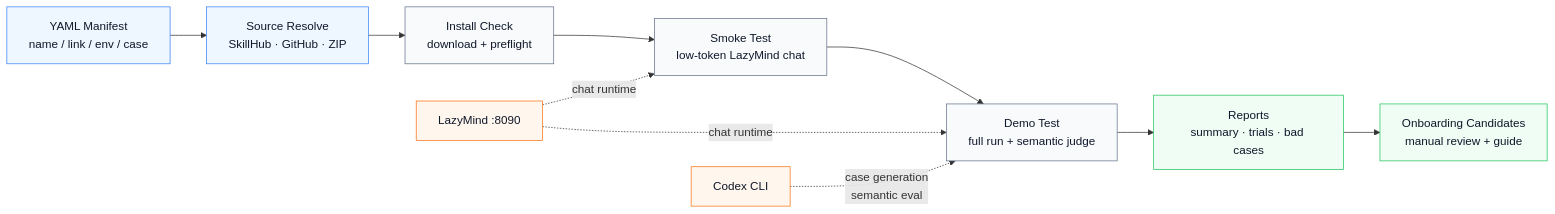
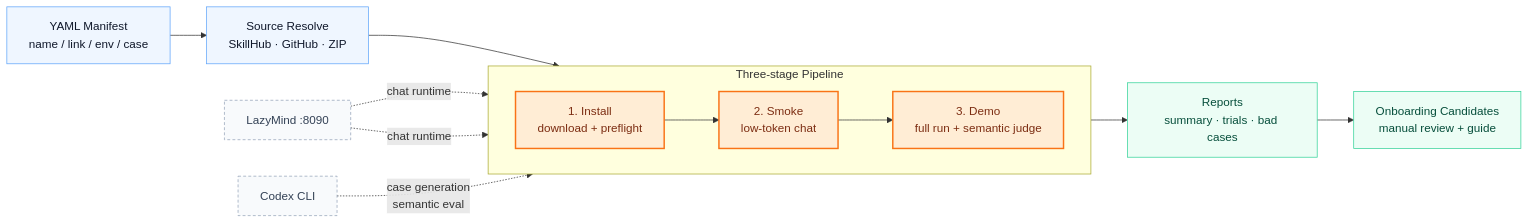
The diagram in README.md (chenzhex/skill-auto), drawn with Mermaid before and after one commit. The commit also changed 1 other file, not shown here.

Commit message:
Highlight pipeline stages in README diagrams

````diff
--- a/README.md
+++ b/README.md
@@ -16,23 +16,30 @@
 ```mermaid
 flowchart LR
     A["YAML Manifest<br/>name / link / env / case"] --> B["Source Resolve<br/>SkillHub · GitHub · ZIP"]
-    B --> C["Install Check<br/>download + preflight"]
-    C --> D["Smoke Test<br/>low-token LazyMind chat"]
-    D --> E["Demo Test<br/>full run + semantic judge"]
+
+    subgraph P["Three-stage Pipeline"]
+        direction LR
+        C["1. Install<br/>download + preflight"]
+        D["2. Smoke<br/>low-token chat"]
+        E["3. Demo<br/>full run + semantic judge"]
+        C --> D --> E
+    end
+
+    B --> C
     E --> F["Reports<br/>summary · trials · bad cases"]
     F --> G["Onboarding Candidates<br/>manual review + guide"]
 
     L["LazyMind :8090"] -. chat runtime .-> D
     L -. chat runtime .-> E
     X["Codex CLI"] -. case generation<br/>semantic eval .-> E
 
-    classDef input fill:#eef6ff,stroke:#3b82f6,color:#0f172a;
-    classDef stage fill:#f8fafc,stroke:#64748b,color:#0f172a;
-    classDef output fill:#f0fdf4,stroke:#22c55e,color:#0f172a;
-    classDef support fill:#fff7ed,stroke:#f97316,color:#0f172a;
+    classDef input fill:#eff6ff,stroke:#60a5fa,color:#0f172a;
+    classDef stage fill:#ffedd5,stroke:#f97316,color:#7c2d12,stroke-width:2px;
+    classDef output fill:#ecfdf5,stroke:#34d399,color:#064e3b;
+    classDef support fill:#f8fafc,stroke:#94a3b8,color:#334155,stroke-dasharray: 4 3;
 
     class A,B input;
     class C,D,E stage;
     class F,G output;
     class L,X support;
 ```
````
